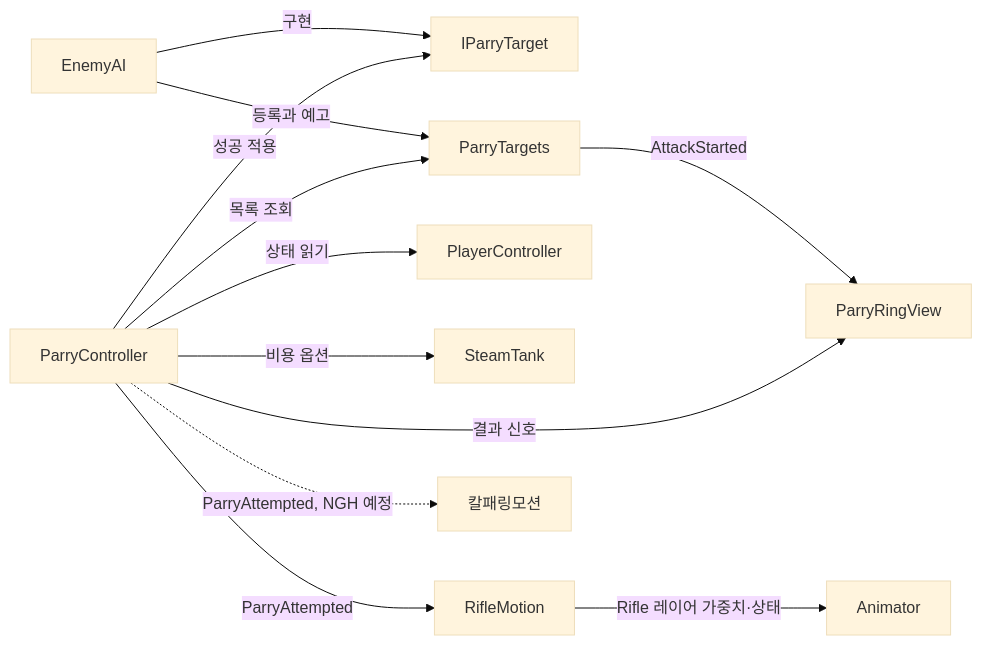
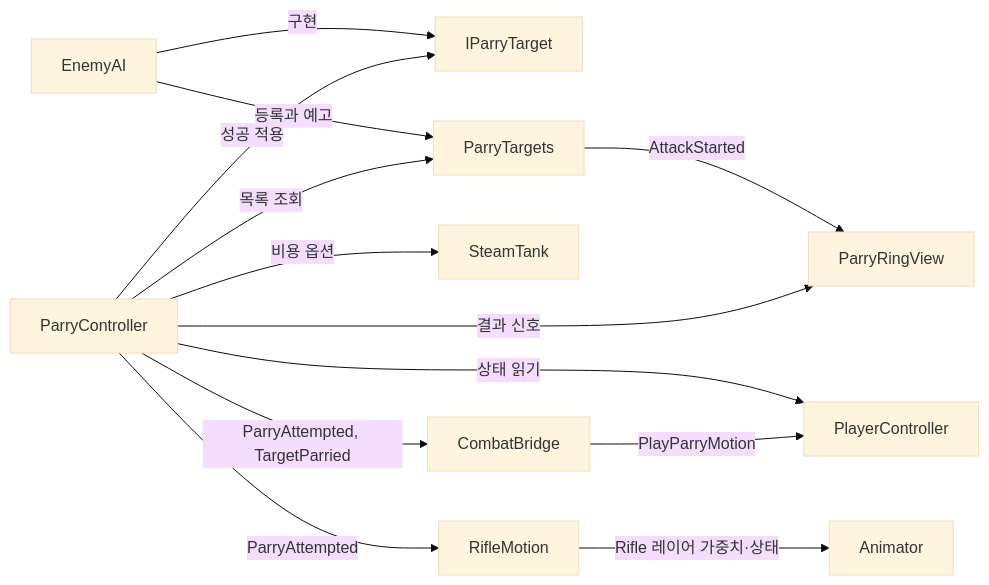
The diagram in SteamAttack/TeamWorkflow/Features/받아치기공통규약.md (Shaun1667/Project-SteamAttack), drawn with Mermaid (base theme) before and after one commit. The commit also changed other lines of this file and 18 other files, not shown here.

````diff
--- a/SteamAttack/TeamWorkflow/Features/받아치기공통규약.md
+++ b/SteamAttack/TeamWorkflow/Features/받아치기공통규약.md
@@ -97,14 +99,15 @@
 ```mermaid
 flowchart LR
     EnemyAI -->|구현| IParryTarget
     EnemyAI -->|등록과 예고| ParryTargets
     ParryController -->|목록 조회| ParryTargets
     ParryController -->|성공 적용| IParryTarget
     ParryController -->|상태 읽기| PlayerController
     ParryController -->|비용 옵션| SteamTank
     ParryTargets -->|AttackStarted| ParryRingView
     ParryController -->|결과 신호| ParryRingView
     ParryController -->|ParryAttempted| RifleMotion
     RifleMotion -->|Rifle 레이어 가중치·상태| Animator
-    ParryController -.->|ParryAttempted, NGH 예정| 칼패링모션
+    ParryController -->|ParryAttempted, TargetParried| CombatBridge
+    CombatBridge -->|PlayParryMotion| PlayerController
 ```
````
